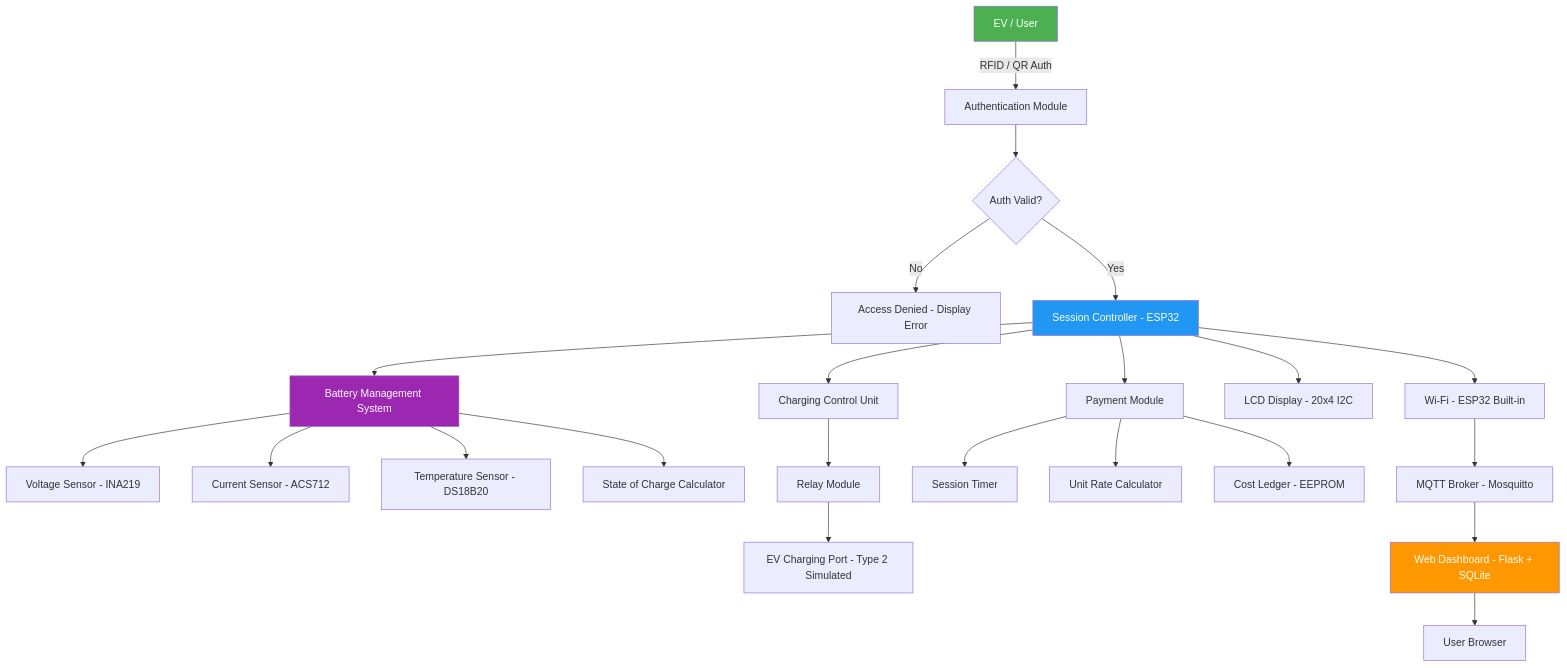
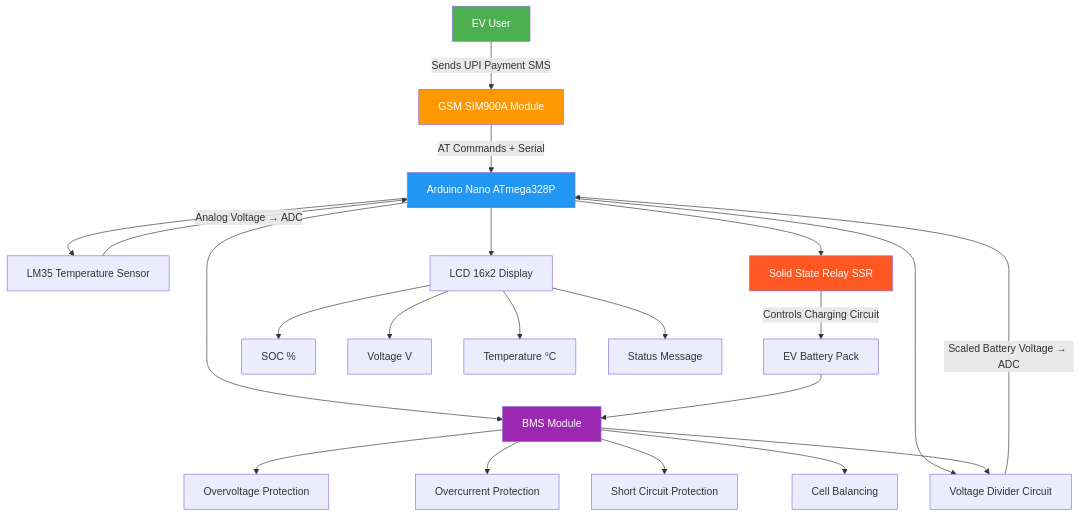
Before and after one commit to prashanth-2369002/SmartEV-Charging-System: the first of 6 diagrams in README.md, drawn with Mermaid. The commit also changed other lines of this file and 7 other files, not shown here.

First line of the commit message:
docs(SmartEV): professional README with Mermaid diagrams and visual assets

````diff
--- a/README.md
+++ b/README.md
@@ -45,33 +69,35 @@
 ```mermaid
 graph TD
-    A[EV / User] -->|RFID / QR Auth| B[Authentication Module]
-    B --> C{Auth Valid?}
-    C -- No --> D[Access Denied - Display Error]
-    C -- Yes --> E[Session Controller - ESP32]
+    A[EV User] -->|Sends UPI Payment SMS| B[GSM SIM900A Module]
+    B -->|AT Commands + Serial| C[Arduino Nano ATmega328P]
 
-    E --> F[Battery Management System]
-    F --> G[Voltage Sensor - INA219]
-    F --> H[Current Sensor - ACS712]
-    F --> I[Temperature Sensor - DS18B20]
-    F --> J[State of Charge Calculator]
+    C --> D[BMS Module]
+    D --> D1[Overvoltage Protection]
+    D --> D2[Overcurrent Protection]
+    D --> D3[Short Circuit Protection]
+    D --> D4[Cell Balancing]
 
-    E --> K[Charging Control Unit]
-    K --> L[Relay Module]
-    L --> M[EV Charging Port - Type 2 Simulated]
+    C --> E[LM35 Temperature Sensor]
+    E -->|Analog Voltage → ADC| C
 
-    E --> N[Payment Module]
-    N --> O[Session Timer]
-    N --> P[Unit Rate Calculator]
-    N --> Q[Cost Ledger - EEPROM]
+    C --> F[Voltage Divider Circuit]
+    F -->|Scaled Battery Voltage → ADC| C
 
-    E --> R[LCD Display - 20x4 I2C]
-    E --> S[Wi-Fi - ESP32 Built-in]
-    S --> T[MQTT Broker - Mosquitto]
-    T --> U[Web Dashboard - Flask + SQLite]
-    U --> V[User Browser]
+    C --> G[Solid State Relay SSR]
+    G -->|Controls Charging Circuit| H[EV Battery Pack]
+
+    C --> I[LCD 16x2 Display]
+    I --> I1[SOC %]
+    I --> I2[Voltage V]
+    I --> I3[Temperature °C]
+    I --> I4[Status Message]
+
+    H --> D
+    D --> F
 
     style A fill:#4CAF50,color:#fff
-    style E fill:#2196F3,color:#fff
-    style U fill:#FF9800,color:#fff
-    style F fill:#9C27B0,color:#fff
+    style C fill:#2196F3,color:#fff
+    style D fill:#9C27B0,color:#fff
+    style G fill:#FF5722,color:#fff
+    style B fill:#FF9800,color:#fff
 ```
````
